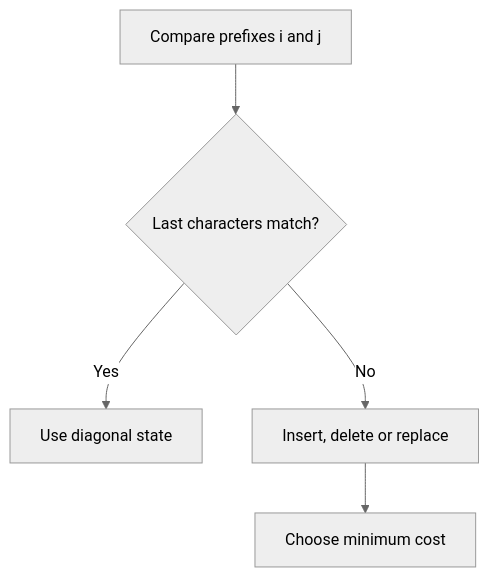
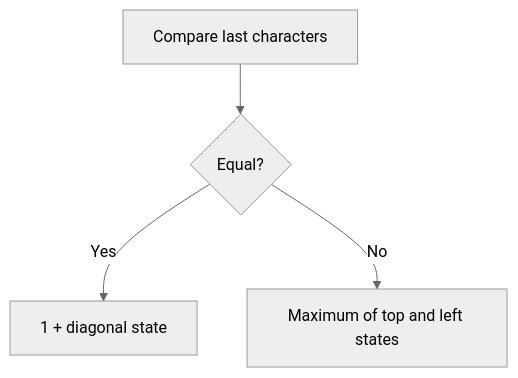
Before and after one commit to gaurav1kr/Miscellaneous: the diagram in DSA/DP/DP_Mathematics_Master_Guide_Illustrated/Theory/Chapter-04.md, drawn with Mermaid (neutral theme). The commit also changed other lines of this file and 320 other files, not shown here.

````diff
--- a/DSA/DP/DP_Mathematics_Master_Guide_Illustrated/Theory/Chapter-04.md
+++ b/DSA/DP/DP_Mathematics_Master_Guide_Illustrated/Theory/Chapter-04.md
@@ -17,7 +25,6 @@
 ```mermaid
 flowchart TD
- A["Compare prefixes i and j"] --> B{"Last characters match?"}
- B -->|Yes| C["Use diagonal state"]
- B -->|No| D["Insert, delete or replace"]
- D --> E["Choose minimum cost"]
+ A["Compare last characters"] --> B{"Equal?"}
+ B -->|Yes| C["1 + diagonal state"]
+ B -->|No| D["Maximum of top and left states"]
 ```
````
